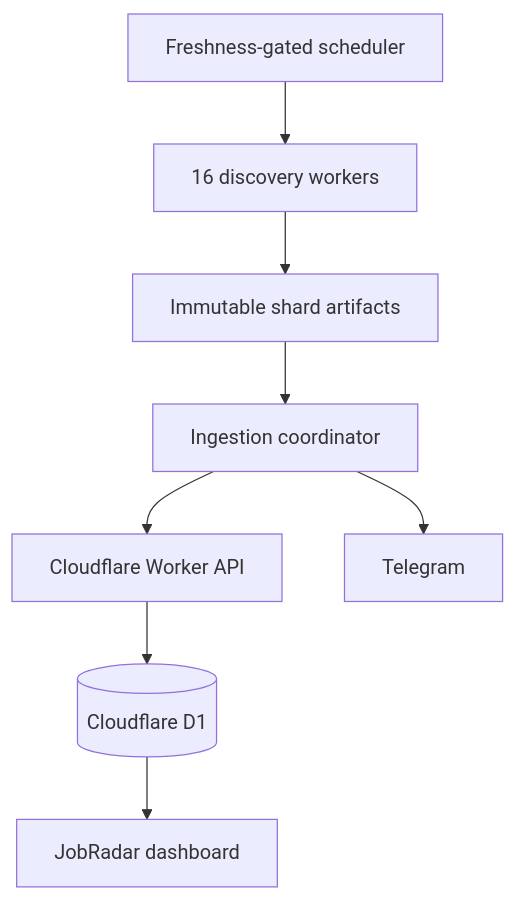
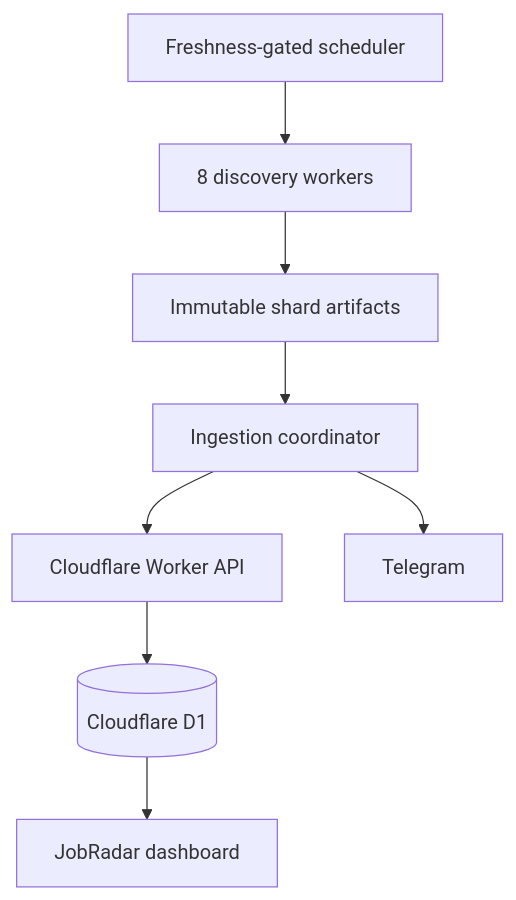
The diagram in docs/ARCHITECTURE.md (chandanvura/JobRadar), drawn with Mermaid before and after one commit. The commit also changed other lines of this file and 10 other files, not shown here.

````diff
--- a/docs/ARCHITECTURE.md
+++ b/docs/ARCHITECTURE.md
@@ -11,10 +11,10 @@
 ```mermaid
 flowchart TD
-  S[Freshness-gated scheduler] --> W[16 discovery workers]
+  S[Freshness-gated scheduler] --> W[8 discovery workers]
   W --> A[Immutable shard artifacts]
   A --> C[Ingestion coordinator]
   C --> API[Cloudflare Worker API]
   API --> DB[(Cloudflare D1)]
   C --> T[Telegram]
   DB --> UI[JobRadar dashboard]
 ```
````
